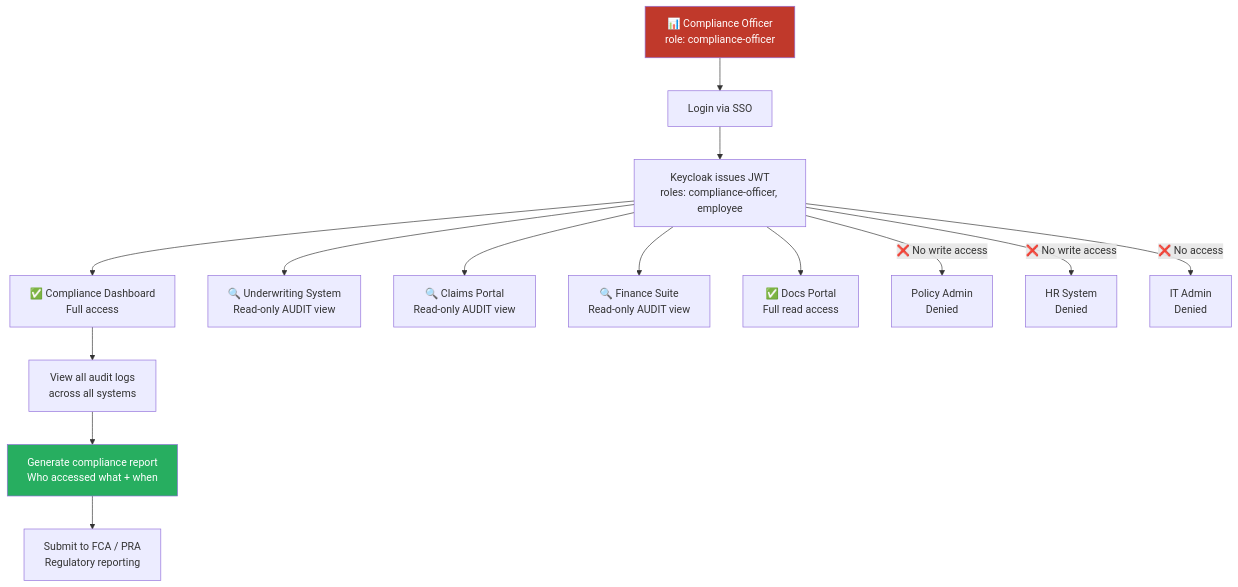
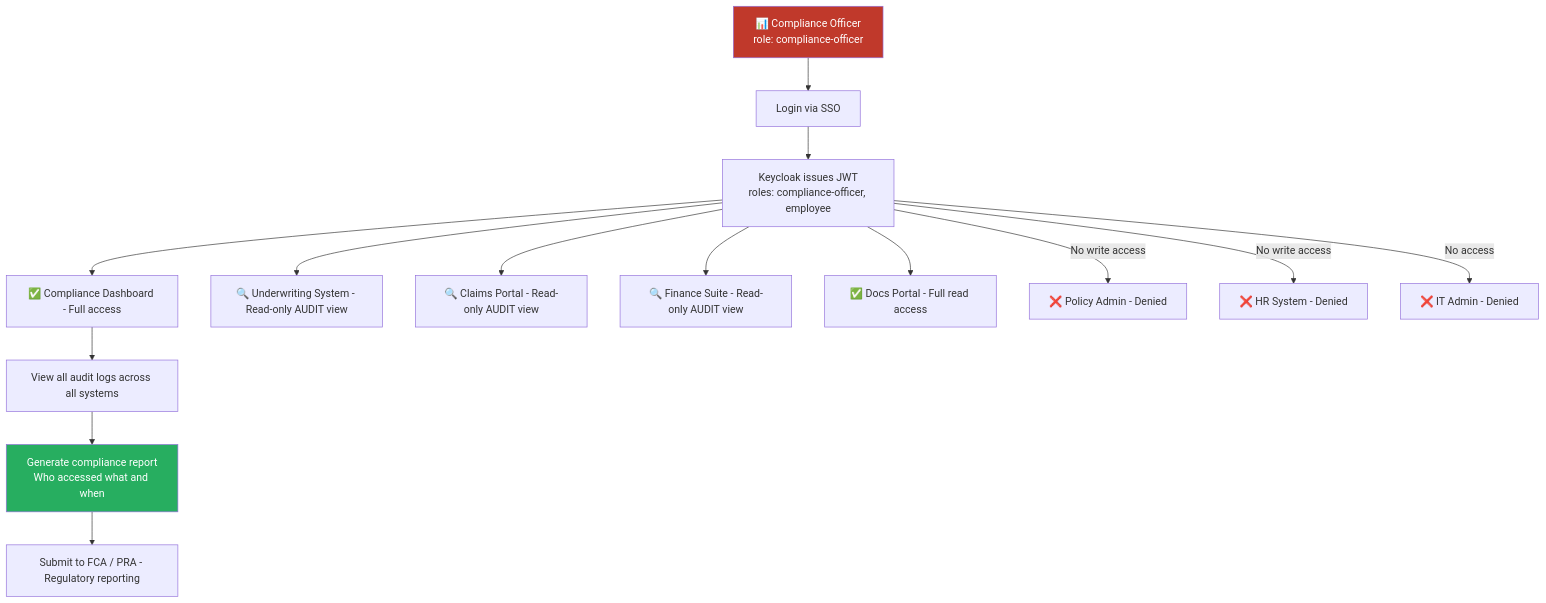
Diagram 17 of 21 in docs/INSURANCE-SSO-DESIGN.md (Mannokuruba/sso-keyclock), drawn with Mermaid before and after one commit. The commit also changed other lines of this file, not shown here.

Commit message:
fix: resolve Mermaid parse errors in insurance SSO diagrams

````diff
--- a/docs/INSURANCE-SSO-DESIGN.md
+++ b/docs/INSURANCE-SSO-DESIGN.md
@@ -715,22 +700,22 @@
 ```mermaid
 flowchart TD
-    CO[📊 Compliance Officer\nrole: compliance-officer] --> LOGIN[Login via SSO]
-    LOGIN --> KC[Keycloak issues JWT\nroles: compliance-officer, employee]
+    CO["📊 Compliance Officer<br/>role: compliance-officer"] --> LOGIN["Login via SSO"]
+    LOGIN --> KC["Keycloak issues JWT<br/>roles: compliance-officer, employee"]
 
-    KC --> COMP_APP[✅ Compliance Dashboard\nFull access]
-    KC --> UW_APP[🔍 Underwriting System\nRead-only AUDIT view]
-    KC --> CL_APP[🔍 Claims Portal\nRead-only AUDIT view]
-    KC --> FIN_APP[🔍 Finance Suite\nRead-only AUDIT view]
-    KC --> DOCS[✅ Docs Portal\nFull read access]
+    KC --> COMP_APP["✅ Compliance Dashboard - Full access"]
+    KC --> UW_APP["🔍 Underwriting System - Read-only AUDIT view"]
+    KC --> CL_APP["🔍 Claims Portal - Read-only AUDIT view"]
+    KC --> FIN_APP["🔍 Finance Suite - Read-only AUDIT view"]
+    KC --> DOCS["✅ Docs Portal - Full read access"]
 
-    KC -->|❌ No write access| POL[Policy Admin\nDenied]
-    KC -->|❌ No write access| HR[HR System\nDenied]
-    KC -->|❌ No access| ADMIN[IT Admin\nDenied]
+    KC -->|No write access| POL["❌ Policy Admin - Denied"]
+    KC -->|No write access| HR["❌ HR System - Denied"]
+    KC -->|No access| ADMIN["❌ IT Admin - Denied"]
 
-    COMP_APP --> AUDIT_LOG[View all audit logs\nacross all systems]
-    AUDIT_LOG --> REPORT[Generate compliance report\nWho accessed what + when]
-    REPORT --> REGULATOR[Submit to FCA / PRA\nRegulatory reporting]
+    COMP_APP --> AUDIT_LOG["View all audit logs across all systems"]
+    AUDIT_LOG --> REPORT["Generate compliance report<br/>Who accessed what and when"]
+    REPORT --> REGULATOR["Submit to FCA / PRA - Regulatory reporting"]
 
     style CO fill:#c0392b,color:#fff
     style REPORT fill:#27ae60,color:#fff
 ```
````
